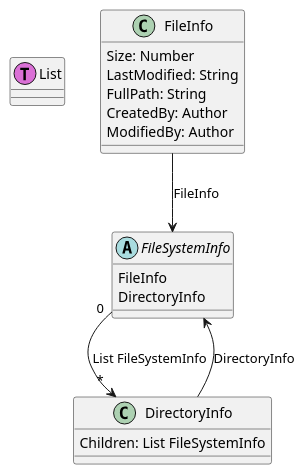
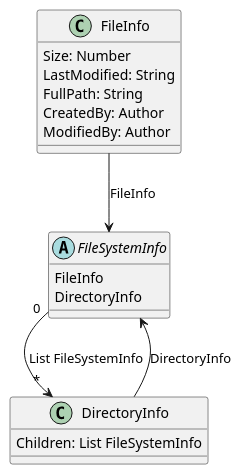
The diagram in Examples/.out/FileSystem/FileSystem.puml (Baudin999/car-lang), drawn with PlantUML before and after one commit. The commit also changed 17 other files, not shown here.

Commit message:
Working on the ERD, we need to ignore the imported entities and we need to show the templated properties

```diff
--- a/Examples/.out/FileSystem/FileSystem.puml
+++ b/Examples/.out/FileSystem/FileSystem.puml
@@ -1,19 +1,17 @@
-class List<< (T,orchid) >> {
-}
-class FileInfo {
+class "FileInfo" as FileInfo  {
 	Size: Number 
 	LastModified: String 
 	FullPath: String 
 	CreatedBy: Author 
 	ModifiedBy: Author 
 }
-class DirectoryInfo {
+class "DirectoryInfo" as DirectoryInfo  {
 	Children: List FileSystemInfo
 }
 FileSystemInfo "0" --> "*" DirectoryInfo : List FileSystemInfo
-abstract FileSystemInfo {
-	FileInfo
-	DirectoryInfo
+abstract "FileSystemInfo" as FileSystemInfo {
+	FileInfo 
+	DirectoryInfo 
 }
 FileInfo --> FileSystemInfo : FileInfo
 DirectoryInfo --> FileSystemInfo : DirectoryInfo
```
